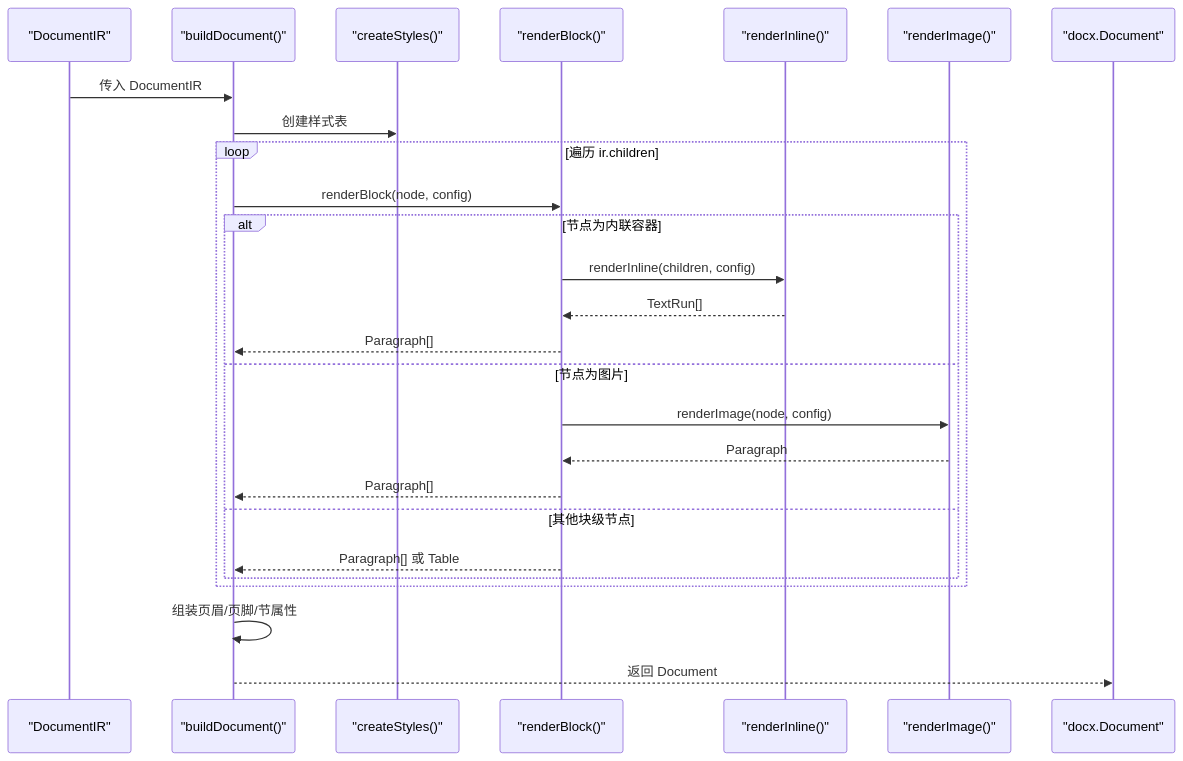
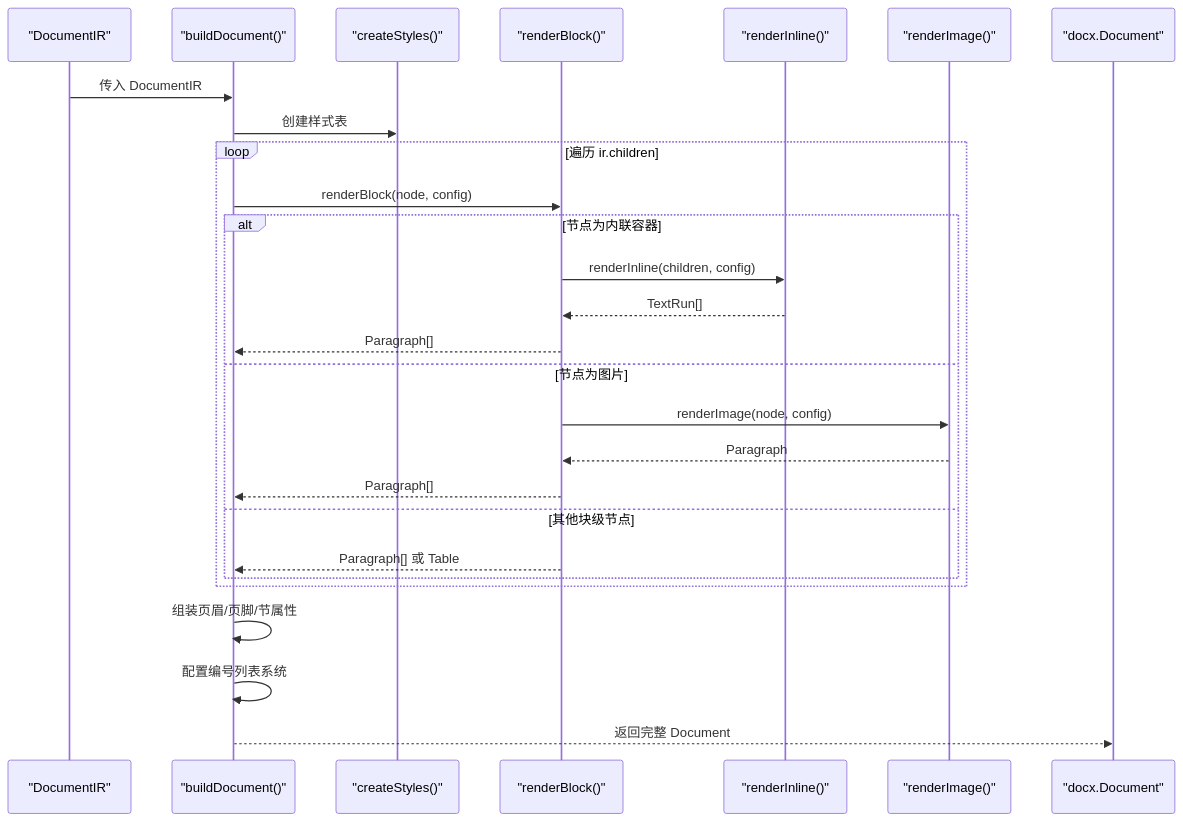
The second of 6 diagrams in .lingma/repowiki/zh/content/开发指南/核心模块详解/生成器模块/文档构建器.md (wanwushelie/markdown-to-word-studio), drawn with Mermaid before and after one commit. The commit also changed other lines of this file and 7 other files, not shown here.

````diff
--- a/.lingma/repowiki/zh/content/开发指南/核心模块详解/生成器模块/文档构建器.md
+++ b/.lingma/repowiki/zh/content/开发指南/核心模块详解/生成器模块/文档构建器.md
@@ -111,28 +133,29 @@
 ```mermaid
 sequenceDiagram
 participant IR as "DocumentIR"
 participant Builder as "buildDocument()"
 participant Styles as "createStyles()"
 participant BlockR as "renderBlock()"
 participant InlineR as "renderInline()"
 participant ImgR as "renderImage()"
 participant Docx as "docx.Document"
 IR->>Builder : 传入 DocumentIR
 Builder->>Styles : 创建样式表
 loop 遍历 ir.children
 Builder->>BlockR : renderBlock(node, config)
 alt 节点为内联容器
 BlockR->>InlineR : renderInline(children, config)
 InlineR-->>BlockR : TextRun[]
 BlockR-->>Builder : Paragraph[]
 else 节点为图片
 BlockR->>ImgR : renderImage(node, config)
 ImgR-->>BlockR : Paragraph
 BlockR-->>Builder : Paragraph[]
 else 其他块级节点
 BlockR-->>Builder : Paragraph[] 或 Table
 end
 end
 Builder->>Builder : 组装页眉/页脚/节属性
-Builder-->>Docx : 返回 Document
+Builder->>Builder : 配置编号列表系统
+Builder-->>Docx : 返回完整 Document
 ```
````
